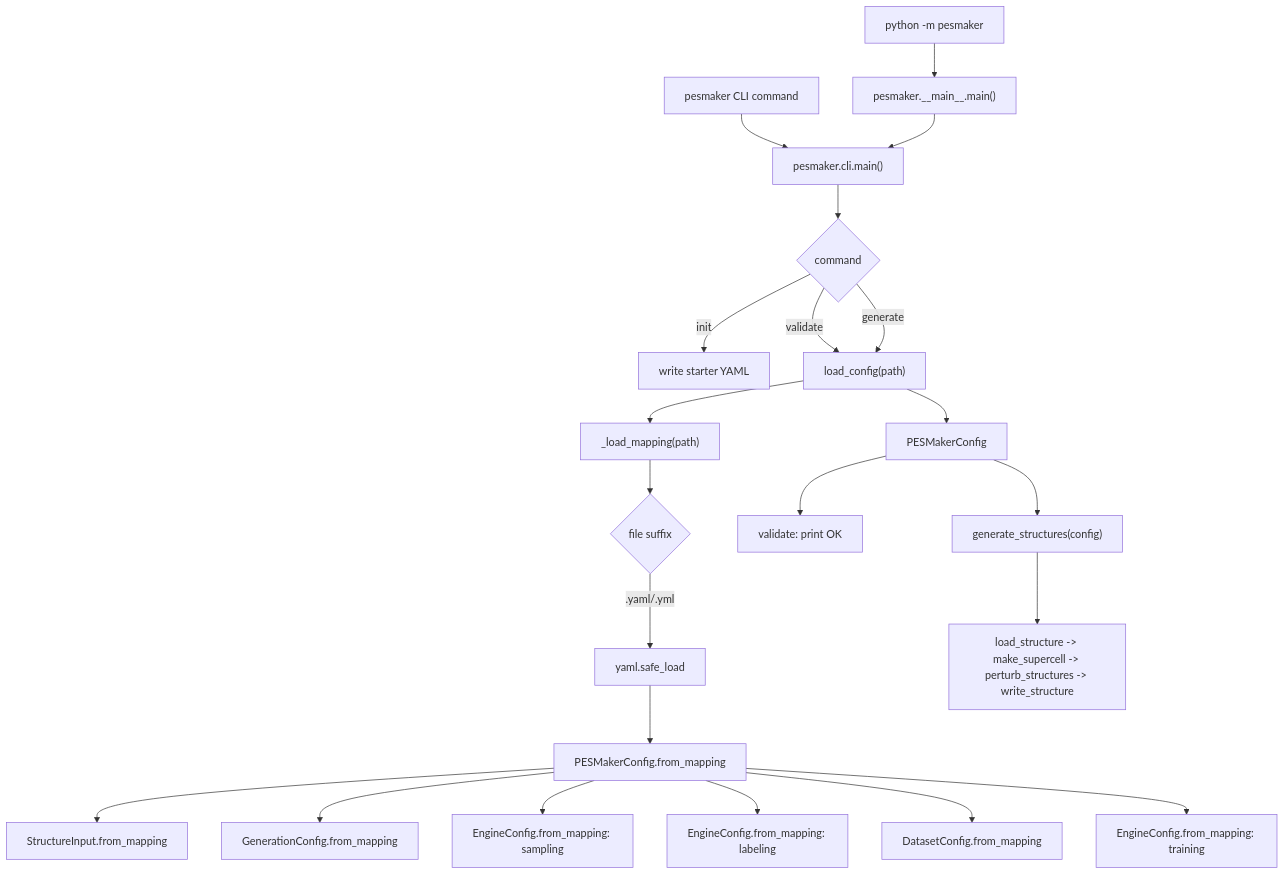
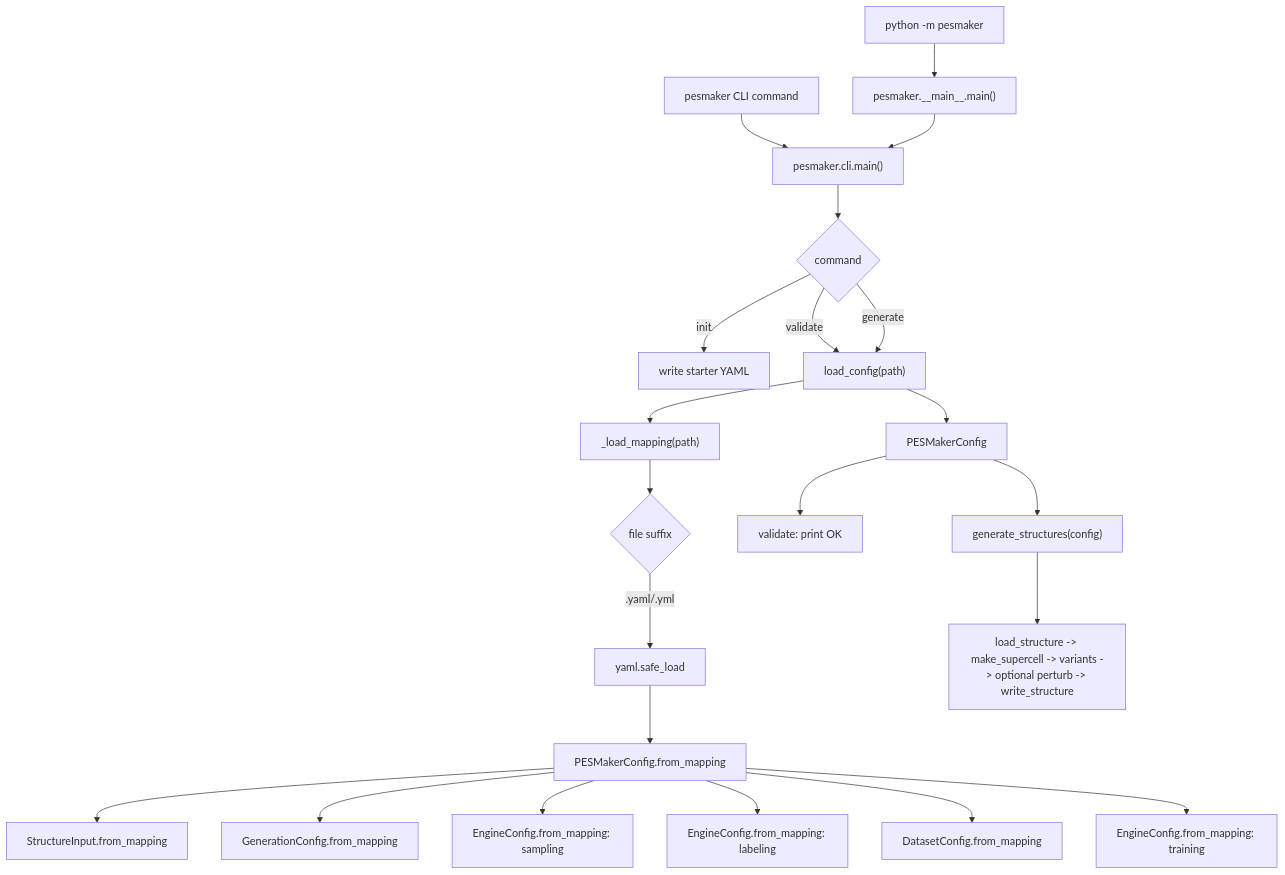
One commit to Tingliangstu/PESMaker changed the first of 3 diagrams in docs/CODE_LOGIC.md. Above: the diagram before and after it, drawn with Mermaid. The commit also changed other lines of this file and 13 other files, not shown here.

````diff
--- a/docs/CODE_LOGIC.md
+++ b/docs/CODE_LOGIC.md
@@ -8,28 +8,28 @@
 ```mermaid
 flowchart TD
     A["python -m pesmaker"] --> B["pesmaker.__main__.main()"]
     C["pesmaker CLI command"] --> D["pesmaker.cli.main()"]
     B --> D
 
     D --> E{"command"}
     E -->|"init"| F["write starter YAML"]
     E -->|"validate"| G["load_config(path)"]
     E -->|"generate"| G
 
     G --> H["_load_mapping(path)"]
     H --> I{"file suffix"}
     I -->|".yaml/.yml"| J["yaml.safe_load"]
     J --> L["PESMakerConfig.from_mapping"]
 
     L --> M["StructureInput.from_mapping"]
     L --> N["GenerationConfig.from_mapping"]
     L --> O["EngineConfig.from_mapping: sampling"]
     L --> P["EngineConfig.from_mapping: labeling"]
     L --> Q["DatasetConfig.from_mapping"]
     L --> R["EngineConfig.from_mapping: training"]
 
     G --> S["PESMakerConfig"]
     S --> T["validate: print OK"]
     S --> X["generate_structures(config)"]
-    X --> Y["load_structure -> make_supercell -> perturb_structures -> write_structure"]
+    X --> Y["load_structure -> make_supercell -> variants -> optional perturb -> write_structure"]
 ```
````
